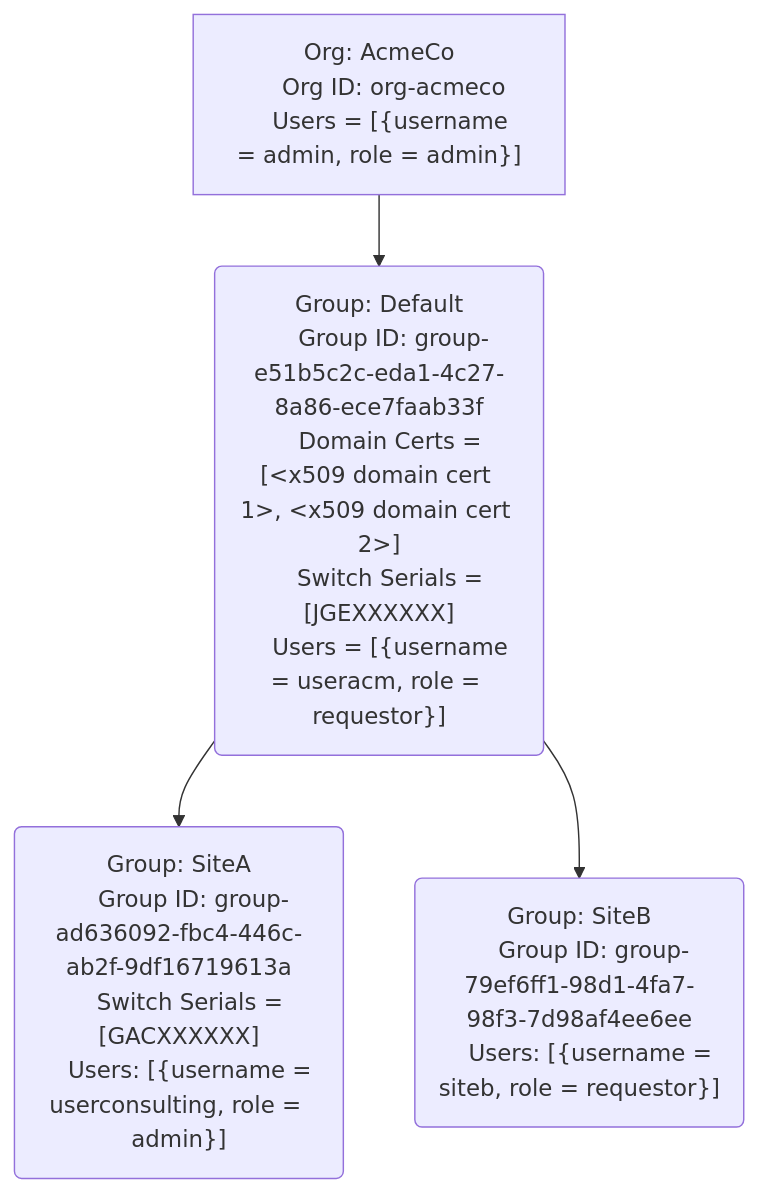
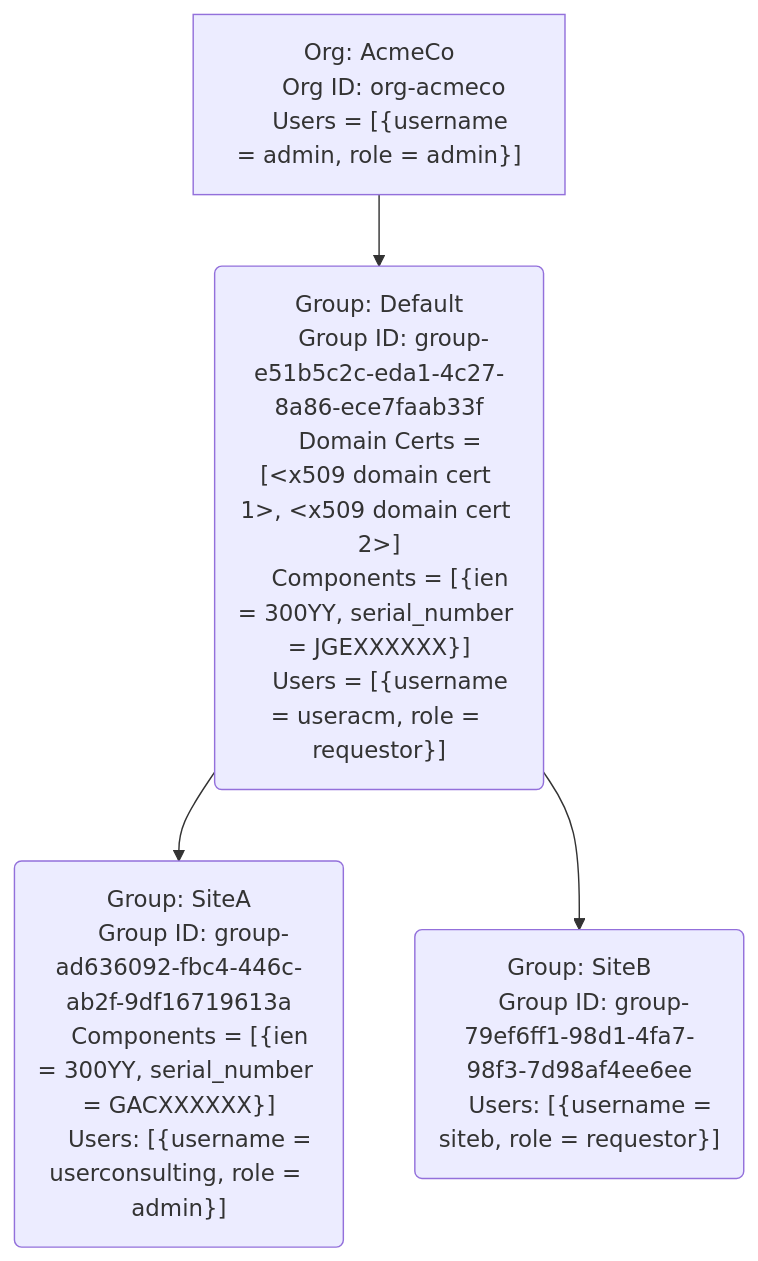
Before and after one commit to aristanetworks/ownership-voucher-grpc: the first of 4 diagrams in docs/service-overview.md, drawn with Mermaid. The commit also changed other lines of this file, not shown here.

````diff
--- a/docs/service-overview.md
+++ b/docs/service-overview.md
@@ -23,27 +23,27 @@
 ```mermaid
 flowchart TB
 
     orgBlock["Org: AcmeCo
     Org ID: org-acmeco
     Users = [{username = admin, role = admin}]"]
 
     topGroup("Group: Default
     Group ID: group-e51b5c2c-eda1-4c27-8a86-ece7faab33f
     Domain Certs = [&lt;x509 domain cert 1&gt;, &lt;x509 domain cert 2&gt;]
-    Switch Serials = [JGEXXXXXX]
+    Components = [{ien = 300YY, serial_number = JGEXXXXXX}]
     Users = [{username = useracm, role = requestor}]")
 
     siteA("Group: SiteA
     Group ID: group-ad636092-fbc4-446c-ab2f-9df16719613a
-    Switch Serials = [GACXXXXXX]
+    Components = [{ien = 300YY, serial_number = GACXXXXXX}]
     Users: [{username = userconsulting, role = admin}]")
 
     siteB("
     Group: SiteB
     Group ID: group-79ef6ff1-98d1-4fa7-98f3-7d98af4ee6ee
     Users: [{username = siteb, role = requestor}]")
 
     orgBlock --> topGroup
     topGroup --> siteA
     topGroup --> siteB
 ```
````
